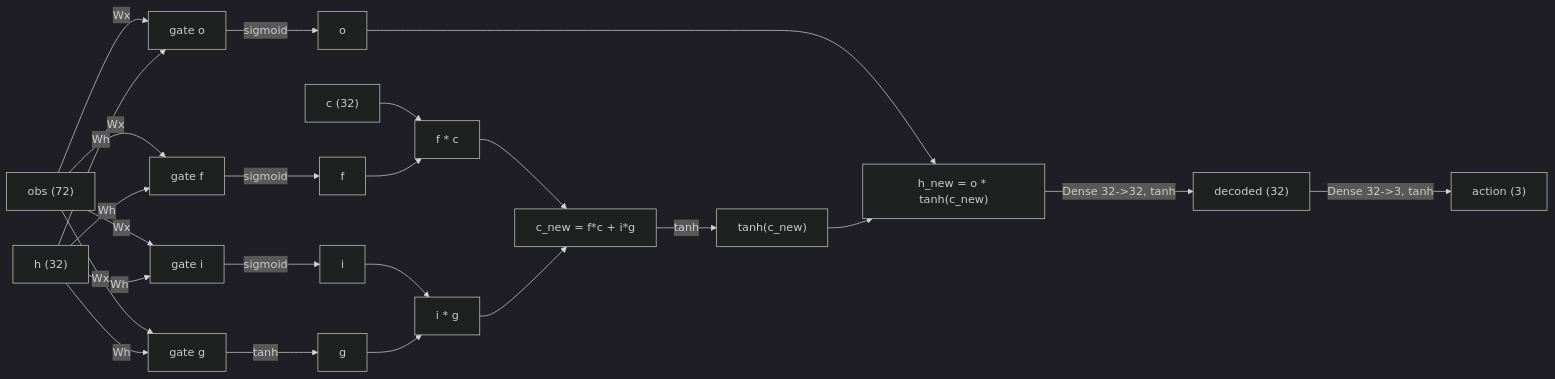
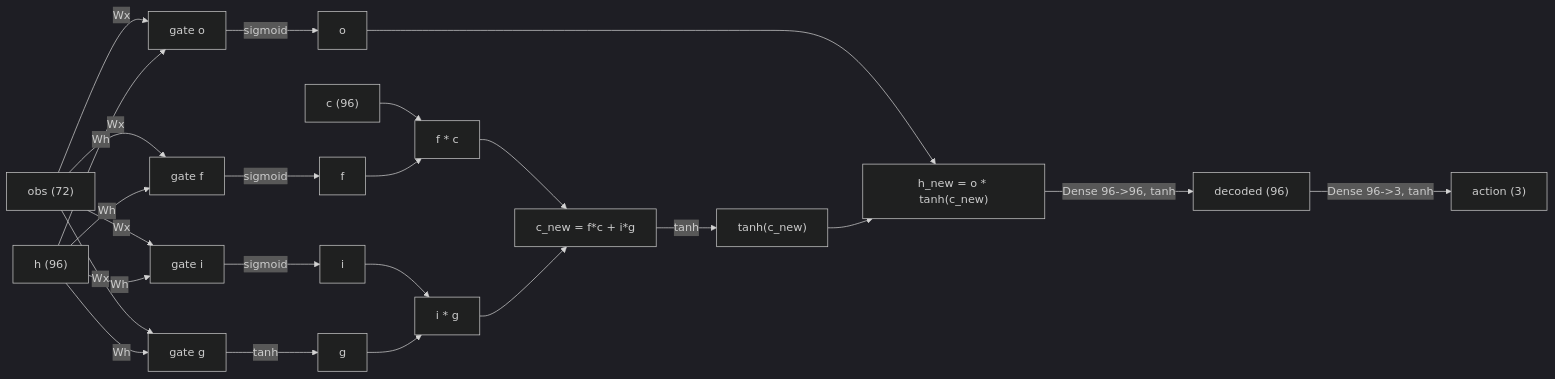
Before and after one commit to saeugetier/ev3training: the diagram in docs/NEURAL_NETWORK.md, drawn with Mermaid (dark theme). The commit also changed other lines of this file and 6 other files, not shown here.

Commit message:
update neural network architecture and configuration: increase LSTM and decoder dimensions to 96; add new reward terms for dribble goal alignment and kick on target

````diff
--- a/docs/NEURAL_NETWORK.md
+++ b/docs/NEURAL_NETWORK.md
@@ -21,26 +21,26 @@
 ```mermaid
 flowchart LR
     obs["obs (72)"] -->|Wx| GI["gate i"]
     obs -->|Wx| GF["gate f"]
     obs -->|Wx| GG["gate g"]
     obs -->|Wx| GO["gate o"]
-    H["h (32)"] -->|Wh| GI
+    H["h (96)"] -->|Wh| GI
     H -->|Wh| GF
     H -->|Wh| GG
     H -->|Wh| GO
     GI -->|sigmoid| I["i"]
     GF -->|sigmoid| F["f"]
     GG -->|tanh| G["g"]
     GO -->|sigmoid| O["o"]
-    C["c (32)"] --> FC_MUL["f * c"]
+    C["c (96)"] --> FC_MUL["f * c"]
     F --> FC_MUL
     I --> IG_MUL["i * g"]
     G --> IG_MUL
     FC_MUL --> CNEW["c_new = f*c + i*g"]
     IG_MUL --> CNEW
     CNEW -->|tanh| TC["tanh(c_new)"]
     O --> HNEW["h_new = o * tanh(c_new)"]
     TC --> HNEW
-    HNEW -->|Dense 32->32, tanh| DEC["decoded (32)"]
-    DEC -->|Dense 32->3, tanh| ACT["action (3)"]
+    HNEW -->|Dense 96->96, tanh| DEC["decoded (96)"]
+    DEC -->|Dense 96->3, tanh| ACT["action (3)"]
 ```
````
